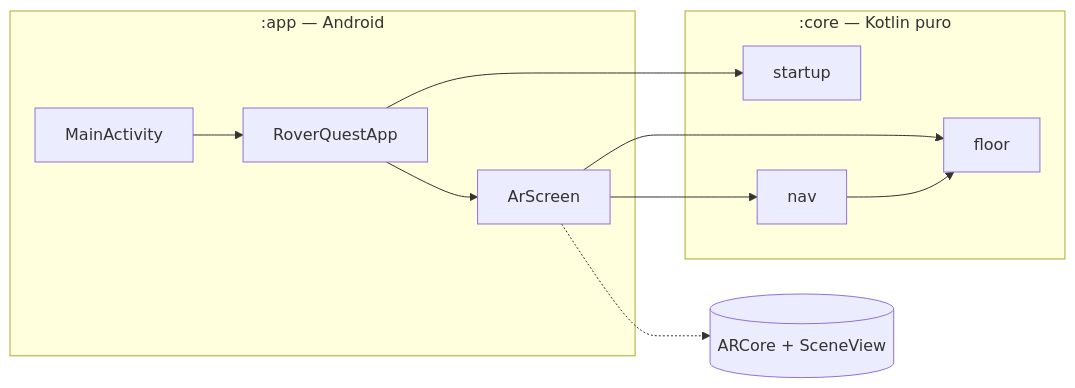
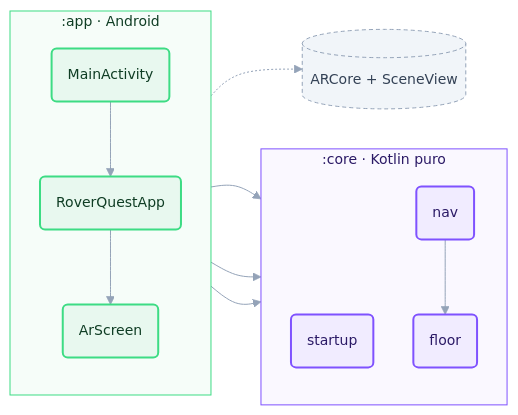
The first of 2 diagrams in game/README.md (lianeheidemann/rover-quest-mr), drawn with Mermaid before and after one commit. The commit also changed other lines of this file, not shown here.

First line of the commit message:
docs: modernize Mermaid diagram styling in game README

````diff
--- a/game/README.md
+++ b/game/README.md
@@ -30,16 +30,44 @@
 ```mermaid
+---
+config:
+  theme: base
+  flowchart:
+    curve: basis
+    nodeSpacing: 40
+    rankSpacing: 50
+    padding: 16
+  themeVariables:
+    fontFamily: "Inter, Segoe UI, Roboto, sans-serif"
+    fontSize: 14px
+    lineColor: "#94A3B8"
+---
 flowchart LR
-    subgraph app [":app — Android"]
-        Main[MainActivity] --> App[RoverQuestApp] --> Ar[ArScreen]
+    subgraph app [":app · Android"]
+        direction TB
+        Main("MainActivity") --> App("RoverQuestApp") --> Ar("ArScreen")
     end
-    subgraph core [":core — Kotlin puro"]
-        startup
-        floor
-        nav
+    subgraph core [":core · Kotlin puro"]
+        direction TB
+        startup("startup")
+        floor("floor")
+        nav("nav")
     end
+    ARCore[("ARCore + SceneView")]
+
     App --> startup
     Ar --> floor
     Ar --> nav
     nav --> floor
-    Ar -.-> ARCore[(ARCore + SceneView)]
+    Ar -.-> ARCore
+
+    class Main,App,Ar android
+    class startup,floor,nav kotlin
+    class ARCore external
+
+    classDef android fill:#E8F8EF,stroke:#3DDC84,stroke-width:2px,color:#0F3D24
+    classDef kotlin fill:#F1ECFF,stroke:#7F52FF,stroke-width:2px,color:#2B1A66
+    classDef external fill:#F1F5F9,stroke:#94A3B8,stroke-width:1px,stroke-dasharray:4 3,color:#334155
+    classDef start fill:#0F172A,stroke:#0F172A,color:#FFFFFF
+    style app fill:#F6FDF9,stroke:#3DDC84,stroke-width:1px,color:#0F3D24
+    style core fill:#FAF8FF,stroke:#7F52FF,stroke-width:1px,color:#2B1A66
 ```
````
